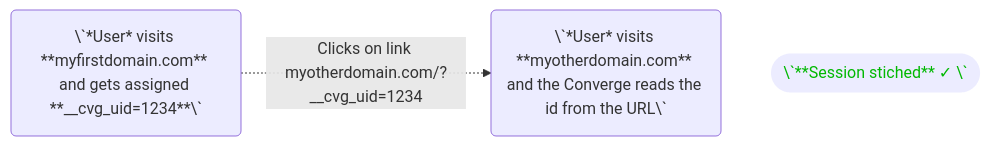
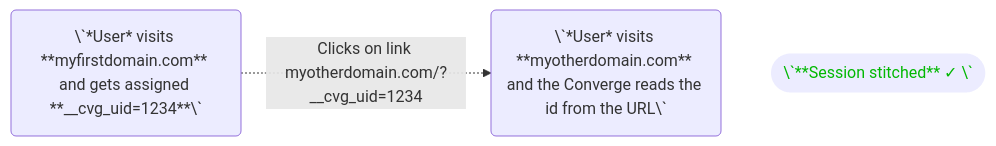
One commit to run-converge/docs-mintlify changed the diagram in sources/website-integrations/converge-pixel.mdx. Above: the diagram before and after it, drawn with Mermaid. The commit also changed other lines of this file and 9 other files, not shown here.

````diff
--- a/sources/website-integrations/converge-pixel.mdx
+++ b/sources/website-integrations/converge-pixel.mdx
@@ -81,6 +81,6 @@
 ```mermaid
 flowchart LR
-  id1("\`*User* visits **myfirstdomain.com** and gets assigned **__cvg_uid=1234**\`") -. "Clicks on link myotherdomain.com/?__cvg_uid=1234" .-> id2("\`*User* visits **myotherdomain.com** and the Converge reads the id from the URL\`") ~~~ id3(["\`**Session stiched**  ✓ \`"])
+  id1("\`*User* visits **myfirstdomain.com** and gets assigned **__cvg_uid=1234**\`") -. "Clicks on link myotherdomain.com/?__cvg_uid=1234" .-> id2("\`*User* visits **myotherdomain.com** and the Converge reads the id from the URL\`") ~~~ id3(["\`**Session stitched**  ✓ \`"])
   style id3 color:#02b802,stroke:none
 
 ```
````
